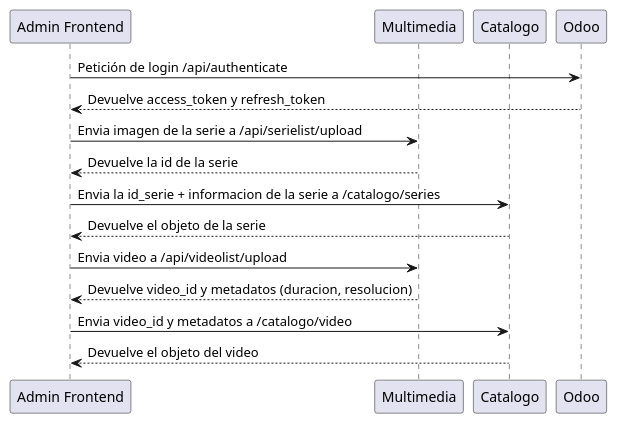
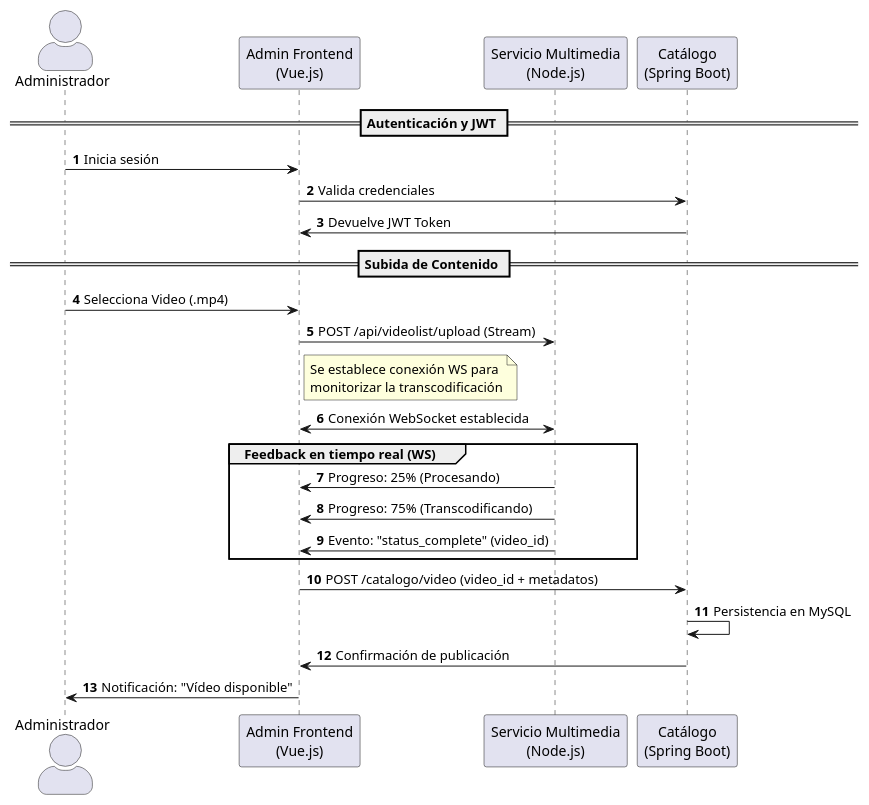
Before and after one commit to AndreuBG/Justflix_ENV: the diagram in Documentacion/docs/index.md, drawn with PlantUML. The commit also changed other lines of this file and 4 other files, not shown here.

Commit message:
Añadiendo la documentacion del reproductor y de multimedia

````diff
--- a/Documentacion/docs/index.md
+++ b/Documentacion/docs/index.md
@@ -36,26 +36,39 @@
 ```puml
 @startuml
+skinparam actorStyle awesome
+autonumber
 
-participant "Admin Frontend" as admin
-participant "Multimedia" as multimedia
-participant "Catalogo" as catalogo
-participant "Odoo" as odoo
+actor "Administrador" as admin
+participant "Admin Frontend\n(Vue.js)" as vue
+participant "Servicio Multimedia\n(Node.js)" as media
+participant "Catálogo\n(Spring Boot)" as cat
 
-admin -> odoo: Petición de login /api/authenticate
-admin <-- odoo: Devuelve access_token y refresh_token
+== Autenticación y JWT ==
+admin -> vue: Inicia sesión
+vue -> cat: Valida credenciales
+cat -> vue: Devuelve JWT Token
 
-admin -> multimedia: Envia imagen de la serie a /api/serielist/upload
-admin <-- multimedia: Devuelve la id de la serie
-admin -> catalogo: Envia la id_serie + informacion de la serie a /catalogo/series
-admin <-- catalogo: Devuelve el objeto de la serie
+== Subida de Contenido ==
+admin -> vue: Selecciona Video (.mp4)
+vue -> media: POST /api/videolist/upload (Stream)
 
-admin -> multimedia: Envia video a /api/videolist/upload
-admin <-- multimedia: Devuelve video_id y metadatos (duracion, resolucion)
-admin -> catalogo: Envia video_id y metadatos a /catalogo/video
-admin <-- catalogo: Devuelve el objeto del video
+note right of vue
+  Se establece conexión WS para
+  monitorizar la transcodificación
+end note
 
+vue <-> media: Conexión WebSocket establecida
 
+group Feedback en tiempo real (WS)
+    media -> vue: Progreso: 25% (Procesando)
+    media -> vue: Progreso: 75% (Transcodificando)
+    media -> vue: Evento: "status_complete" (video_id)
+end
 
+vue -> cat: POST /catalogo/video (video_id + metadatos)
+cat -> cat: Persistencia en MySQL
+cat -> vue: Confirmación de publicación
 
+vue -> admin: Notificación: "Vídeo disponible"
 @enduml
 ```
````
